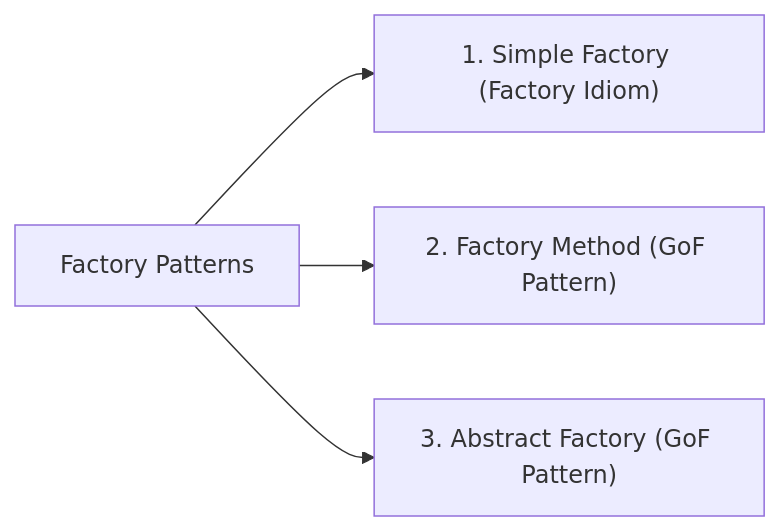
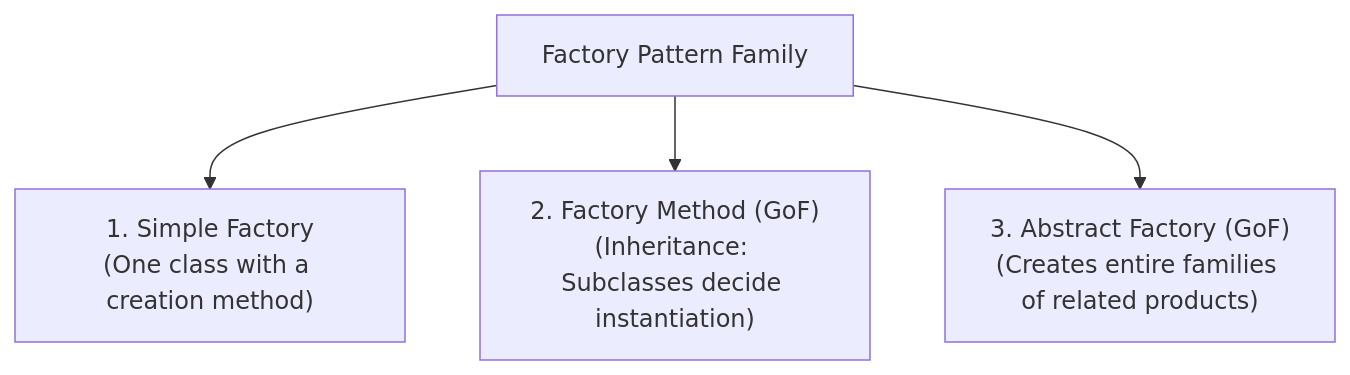
The first of 3 diagrams in 04-OOPs-and-Design-Patterns/03-Design-Patterns/09-Factory-Design-Pattern.md (rohithgowda18/Notes), drawn with Mermaid before and after one commit. The commit also changed other lines of this file and 17 other files, not shown here.

Commit message:
docs(lld): enrich notes with deep architectural analysis, diagrams, anti-patterns & code

````diff
--- a/04-OOPs-and-Design-Patterns/03-Design-Patterns/09-Factory-Design-Pattern.md
+++ b/04-OOPs-and-Design-Patterns/03-Design-Patterns/09-Factory-Design-Pattern.md
@@ -38,7 +38,6 @@
 ```mermaid
-flowchart LR
-    Factory["Factory Patterns"]
-    Factory --> SF["1. Simple Factory (Factory Idiom)"]
-    Factory --> FM["2. Factory Method (GoF Pattern)"]
-    Factory --> AF["3. Abstract Factory (GoF Pattern)"]
+graph TD
+    A[Factory Pattern Family] --> B["1. Simple Factory<br/>(One class with a creation method)"]
+    A --> C["2. Factory Method (GoF)<br/>(Inheritance: Subclasses decide instantiation)"]
+    A --> D["3. Abstract Factory (GoF)<br/>(Creates entire families of related products)"]
 ```
````
